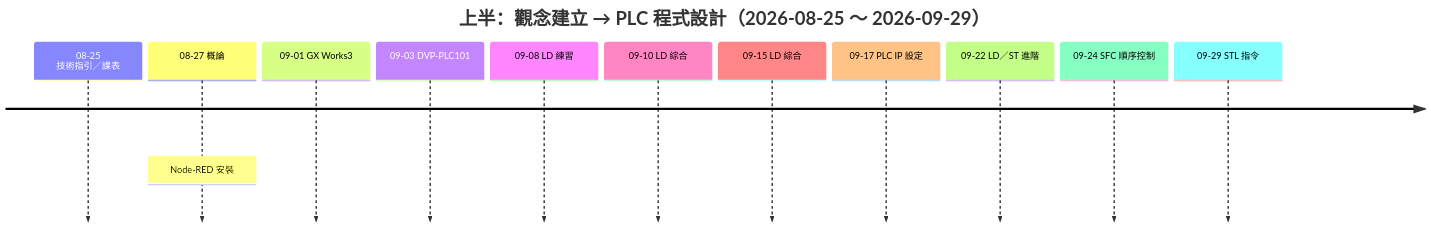
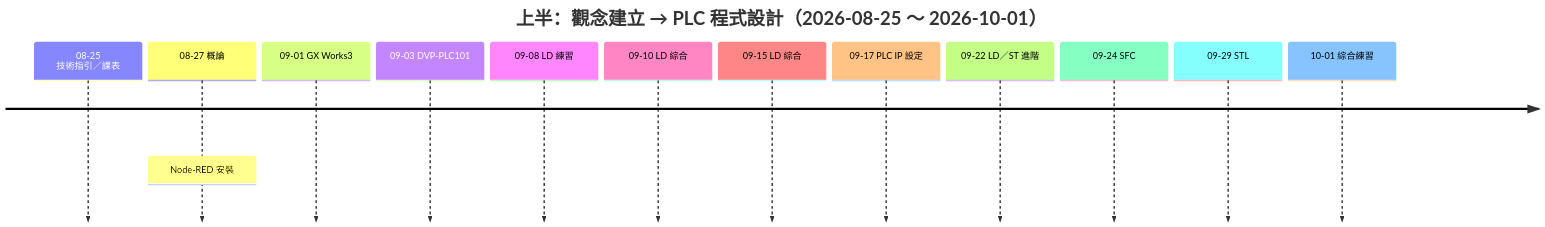
Before and after one commit to yd7148/INDUSTRY-4.0: the fourth of 6 diagrams in README.md, drawn with Mermaid. The commit also changed other lines of this file and 447 other files, not shown here.

````diff
--- a/README.md
+++ b/README.md
@@ -199,16 +204,17 @@
 ```mermaid
 timeline
-    title 上半：觀念建立 → PLC 程式設計（2026-08-25 ～ 2026-09-29）
+    title 上半：觀念建立 → PLC 程式設計（2026-08-25 ～ 2026-10-01）
     08-25 技術指引／課表
     08-27 概論
         : Node-RED 安裝
     09-01 GX Works3
     09-03 DVP-PLC101
     09-08 LD 練習
     09-10 LD 綜合
     09-15 LD 綜合
     09-17 PLC IP 設定
     09-22 LD／ST 進階
-    09-24 SFC 順序控制
-    09-29 STL 指令
+    09-24 SFC
+    09-29 STL
+    10-01 綜合練習
 ```
````
